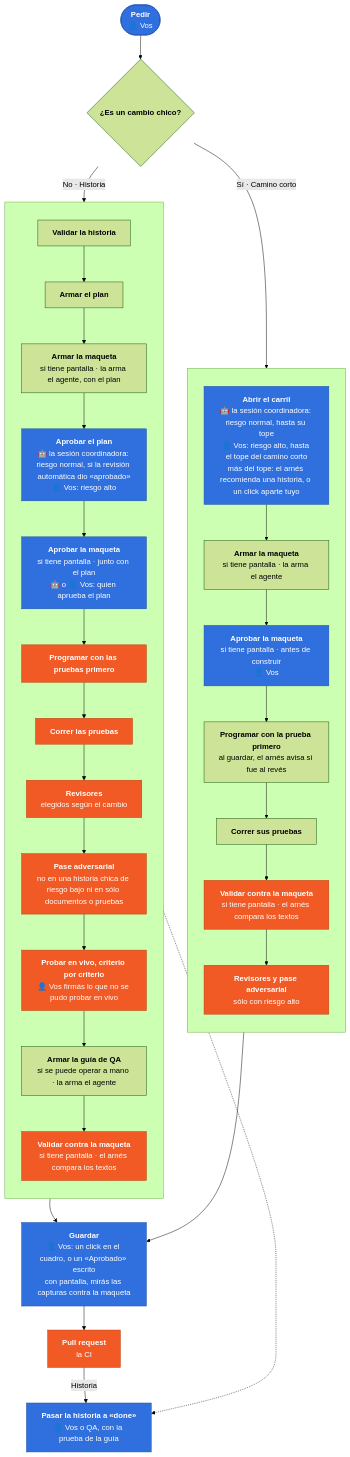
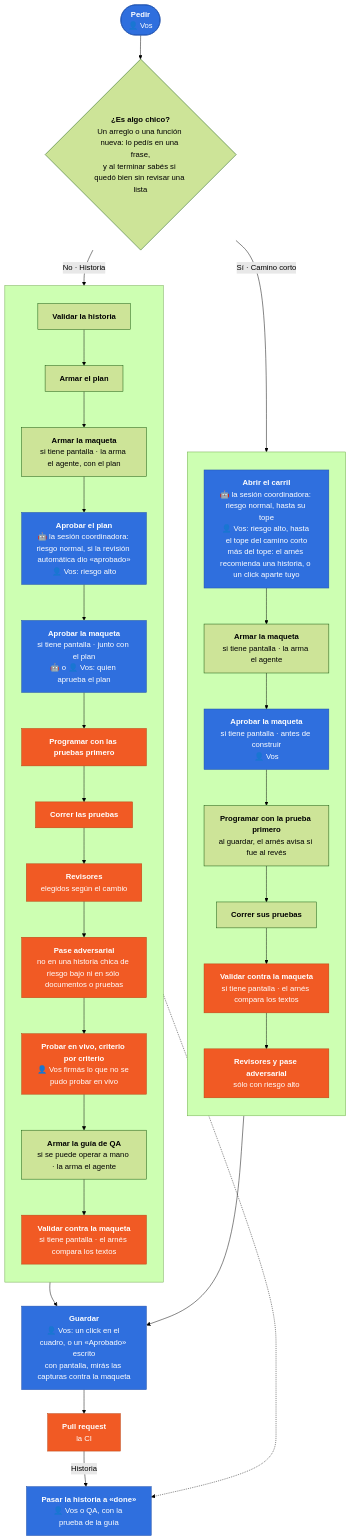
One commit to TYCON-SA/tycon-harness changed the diagram in README.es.md. Above: the diagram before and after it, drawn with Mermaid (forest theme). The commit also changed other lines of this file and 4 other files, not shown here.

First line of the commit message:
docs(coordinación): las reglas acordadas en la guía, y «¿Es algo chico?» en la portada

````diff
--- a/README.es.md
+++ b/README.es.md
@@ -67,38 +69,38 @@
 ```mermaid
 flowchart TB
-  pedir(["<b>Pedir</b><br/>👤 Vos"]) --> chico{"<b>¿Es un cambio chico?</b>"}
+  pedir(["<b>Pedir</b><br/>👤 Vos"]) --> chico{"<b>¿Es algo chico?</b><br/>Un arreglo o una función nueva: lo pedís en una frase,<br/>y al terminar sabés si quedó bien sin revisar una lista"}
   chico -- "Sí · Camino corto" --> r1
   chico -- "No · Historia" --> h1
   subgraph corto [" "]
     direction TB
     r1["<b>Abrir el carril</b><br/>🤖 la sesión coordinadora: riesgo normal, hasta su tope<br/>👤 Vos: riesgo alto, hasta el tope del camino corto<br/>más del tope: el arnés recomienda una historia, o un click aparte tuyo"] --> r0m["<b>Armar la maqueta</b><br/>si tiene pantalla · la arma el agente"]
     r0m --> r1m["<b>Aprobar la maqueta</b><br/>si tiene pantalla · antes de construir<br/>👤 Vos"]
     r1m --> r2["<b>Programar con la prueba primero</b><br/>al guardar, el arnés avisa si fue al revés"]
     r2 --> r3["<b>Correr sus pruebas</b>"]
     r3 --> r3c["<b>Validar contra la maqueta</b><br/>si tiene pantalla · el arnés compara los textos"]
     r3c --> r4["<b>Revisores y pase adversarial</b><br/>sólo con riesgo alto"]
   end
   subgraph historia [" "]
     direction TB
     h1["<b>Validar la historia</b>"] --> h2["<b>Armar el plan</b>"]
     h2 --> h2m["<b>Armar la maqueta</b><br/>si tiene pantalla · la arma el agente, con el plan"]
     h2m --> h3["<b>Aprobar el plan</b><br/>🤖 la sesión coordinadora: riesgo normal, si la revisión automática dio «aprobado»<br/>👤 Vos: riesgo alto"]
     h3 --> h3m["<b>Aprobar la maqueta</b><br/>si tiene pantalla · junto con el plan<br/>🤖 o 👤 Vos: quien aprueba el plan"]
     h3m --> h4["<b>Programar con las pruebas primero</b>"]
     h4 --> h5["<b>Correr las pruebas</b>"]
     h5 --> h6["<b>Revisores</b><br/>elegidos según el cambio"]
     h6 --> h7["<b>Pase adversarial</b><br/>no en una historia chica de riesgo bajo ni en sólo documentos o pruebas"]
     h7 --> h8["<b>Probar en vivo, criterio por criterio</b><br/>👤 Vos firmás lo que no se pudo probar en vivo"]
     h8 --> hq["<b>Armar la guía de QA</b><br/>si se puede operar a mano · la arma el agente"]
     hq --> h9["<b>Validar contra la maqueta</b><br/>si tiene pantalla · el arnés compara los textos"]
   end
   r4 --> g1["<b>Guardar</b><br/>👤 Vos: un click en el cuadro, o un «Aprobado» escrito<br/>con pantalla, mirás las capturas contra la maqueta"]
   h9 --> g1
   g1 --> g2["<b>Pull request</b><br/>la CI"]
   g2 -- "Historia" --> g3["<b>Pasar la historia a «done»</b><br/>👤 Vos o QA, con la prueba de la guía"]
   hq -.-> g3
   classDef decide fill:#2f6fde,stroke:#1f4fa8,color:#ffffff
   classDef control fill:#F15A24,stroke:#b8410f,color:#ffffff
   class pedir,r1,r1m,h3,h3m,g1,g3 decide
   class r3c,r4,h4,h5,h6,h7,h8,h9,g2 control
 ```
````
